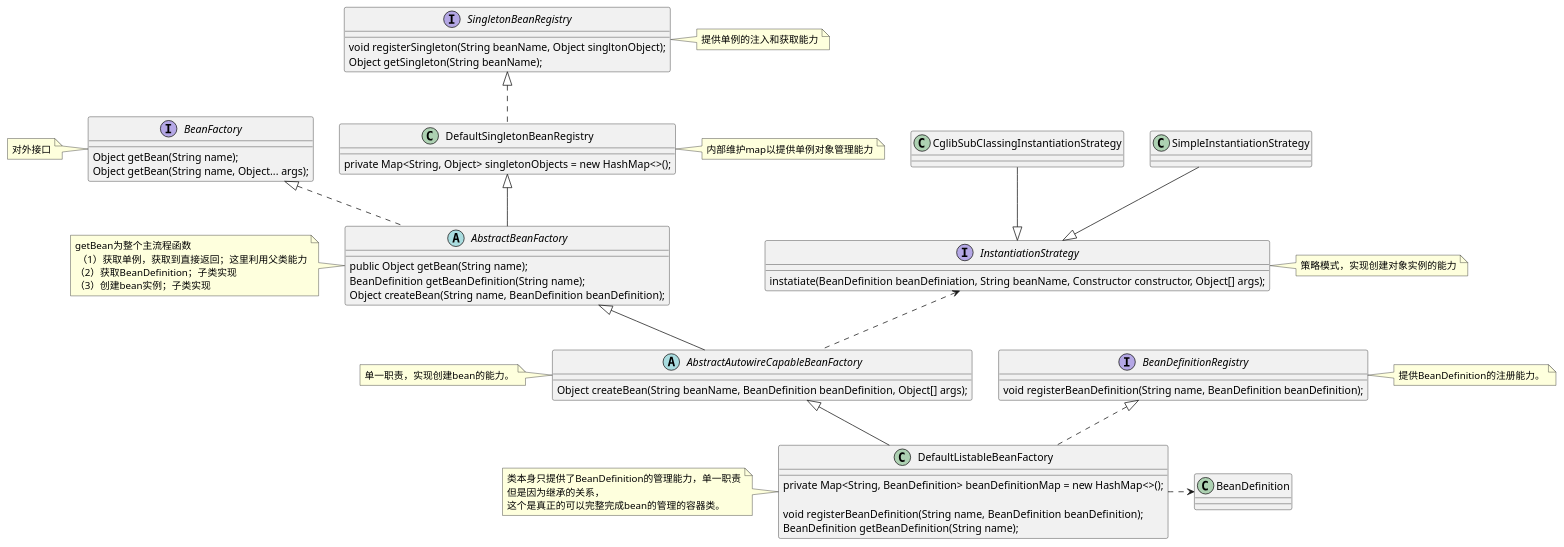
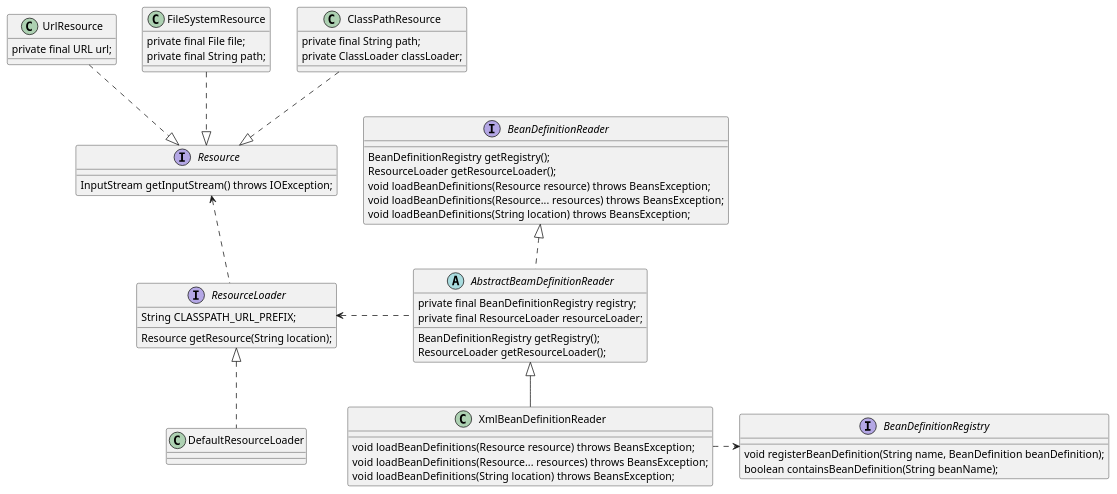
Before and after one commit to kaikai-sk/book-small-spring: the diagram in spring-step-05-sk/src/doc/BeanManagement.puml, drawn with PlantUML. The commit also changed 18 other files, not shown here.

```diff
--- a/spring-step-05-sk/src/doc/BeanManagement.puml
+++ b/spring-step-05-sk/src/doc/BeanManagement.puml
@@ -1,57 +1,66 @@
 @startuml
 'https://plantuml.com/class-diagram
 
-interface BeanFactory {
-    Object getBean(String name);
-    Object getBean(String name, Object... args);
+interface Resource {
+    InputStream getInputStream() throws IOException;
 }
-note left of BeanFactory : 对外接口
 
-interface SingletonBeanRegistry {
-    void registerSingleton(String beanName, Object singltonObject);
-    Object getSingleton(String beanName);
+class ClassPathResource {
+    private final String path;
+    private ClassLoader classLoader;
 }
-note right of SingletonBeanRegistry : 提供单例的注入和获取能力
 
-class DefaultSingletonBeanRegistry implements SingletonBeanRegistry {
-     private Map<String, Object> singletonObjects = new HashMap<>();
+class FileSystemResource {
+    private final File file;
+    private final String path;
 }
-note right of DefaultSingletonBeanRegistry : 内部维护map以提供单例对象管理能力
 
-abstract class AbstractBeanFactory extends DefaultSingletonBeanRegistry implements BeanFactory {
-    public Object getBean(String name);
-    BeanDefinition getBeanDefinition(String name);
-    Object createBean(String name, BeanDefinition beanDefinition);
+class UrlResource {
+    private final URL url;
 }
-note left of AbstractBeanFactory : getBean为整个主流程函数\n （1）获取单例，获取到直接返回；这里利用父类能力\n（2）获取BeanDefinition；子类实现\n（3）创建bean实例；子类实现
 
-interface InstantiationStrategy {
-    instatiate(BeanDefinition beanDefiniation, String beanName, Constructor constructor, Object[] args);
+interface ResourceLoader {
+    String CLASSPATH_URL_PREFIX;
+    Resource getResource(String location);
 }
-note right of InstantiationStrategy : 策略模式，实现创建对象实例的能力
 
-abstract AbstractAutowireCapableBeanFactory extends AbstractBeanFactory {
-    Object createBean(String beanName, BeanDefinition beanDefinition, Object[] args);
+class DefaultResourceLoader implements ResourceLoader {
 }
-note left of AbstractAutowireCapableBeanFactory : 单一职责，实现创建bean的能力。
+
+interface BeanDefinitionReader {
+    BeanDefinitionRegistry getRegistry();
+    ResourceLoader getResourceLoader();
+    void loadBeanDefinitions(Resource resource) throws BeansException;
+    void loadBeanDefinitions(Resource... resources) throws BeansException;
+    void loadBeanDefinitions(String location) throws BeansException;
+}
+
+abstract class AbstractBeamDefinitionReader implements BeanDefinitionReader {
+    private final BeanDefinitionRegistry registry;
+    private final ResourceLoader resourceLoader;
+    BeanDefinitionRegistry getRegistry();
+    ResourceLoader getResourceLoader();
+}
+
+class XmlBeanDefinitionReader extends AbstractBeamDefinitionReader {
+    void loadBeanDefinitions(Resource resource) throws BeansException;
+    void loadBeanDefinitions(Resource... resources) throws BeansException;
+    void loadBeanDefinitions(String location) throws BeansException;
+}
 
 interface BeanDefinitionRegistry {
     void registerBeanDefinition(String name, BeanDefinition beanDefinition);
+    boolean containsBeanDefinition(String beanName);
 }
-note right of BeanDefinitionRegistry : 提供BeanDefinition的注册能力。
 
-class DefaultListableBeanFactory extends AbstractAutowireCapableBeanFactory {
-    private Map<String, BeanDefinition> beanDefinitionMap = new HashMap<>();
+'依赖
+Resource <.. ResourceLoader
 
-    void registerBeanDefinition(String name, BeanDefinition beanDefinition);
-    BeanDefinition getBeanDefinition(String name);
-}
-note left of DefaultListableBeanFactory : 类本身只提供了BeanDefinition的管理能力，单一职责\n但是因为继承的关系，\n这个是真正的可以完整完成bean的管理的容器类。
+Resource <|.up. ClassPathResource
+Resource <|.up. FileSystemResource
+Resource <|.up. UrlResource
 
-InstantiationStrategy <.. AbstractAutowireCapableBeanFactory
-InstantiationStrategy <|-up- SimpleInstantiationStrategy
-InstantiationStrategy <|-up- CglibSubClassingInstantiationStrategy
+ResourceLoader <.right.. AbstractBeamDefinitionReader
 
-BeanDefinitionRegistry <|.down. DefaultListableBeanFactory
-BeanDefinition <.left. DefaultListableBeanFactory
+BeanDefinitionRegistry <.left.. XmlBeanDefinitionReader
 @enduml
```
